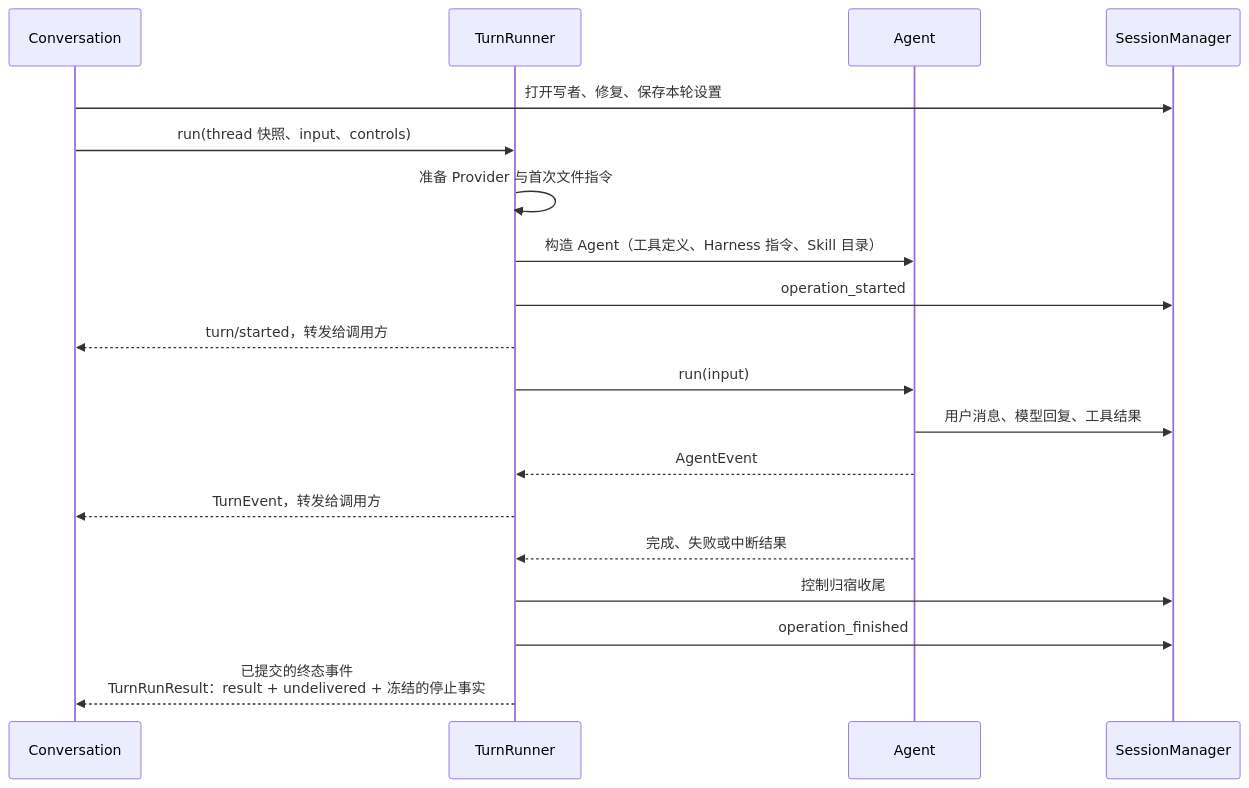
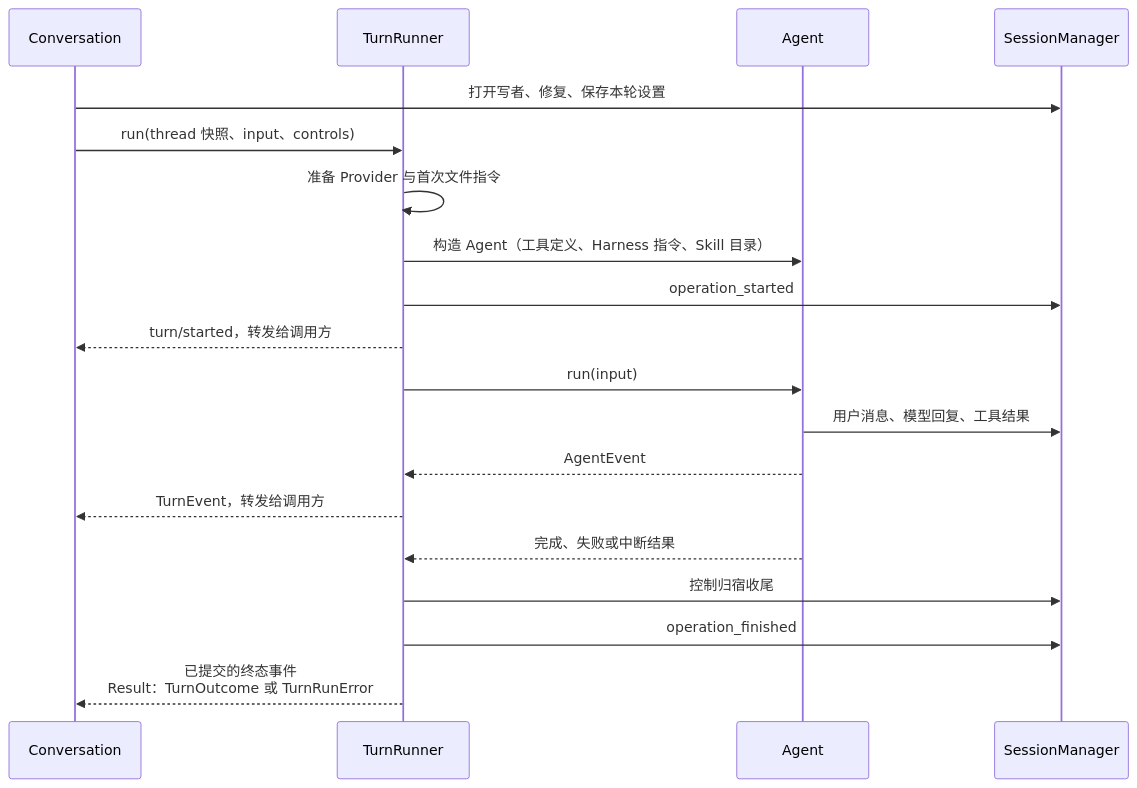
Diagram 13 of 29 in docs/architecture.md (qjcnmd/singularity-agent), drawn with Mermaid before and after one commit. The commit also changed other lines of this file and 34 other files, not shown here.

````diff
--- a/docs/architecture.md
+++ b/docs/architecture.md
@@ -366,21 +366,21 @@
 ```mermaid
 sequenceDiagram
     participant Conv as Conversation
     participant Runner as TurnRunner
     participant Agent as Agent
     participant Log as SessionManager
     Conv->>Log: 打开写者、修复、保存本轮设置
     Conv->>Runner: run(thread 快照、input、controls)
     Runner->>Runner: 准备 Provider 与首次文件指令
     Runner->>Agent: 构造 Agent（工具定义、Harness 指令、Skill 目录）
     Runner->>Log: operation_started
     Runner-->>Conv: turn/started，转发给调用方
     Runner->>Agent: run(input)
     Agent->>Log: 用户消息、模型回复、工具结果
     Agent-->>Runner: AgentEvent
     Runner-->>Conv: TurnEvent，转发给调用方
     Agent-->>Runner: 完成、失败或中断结果
     Runner->>Log: 控制归宿收尾
     Runner->>Log: operation_finished
-    Runner-->>Conv: 已提交的终态事件<br/>TurnRunResult：result + undelivered + 冻结的停止事实
+    Runner-->>Conv: 已提交的终态事件<br/>Result：TurnOutcome 或 TurnRunError
 ```
````
